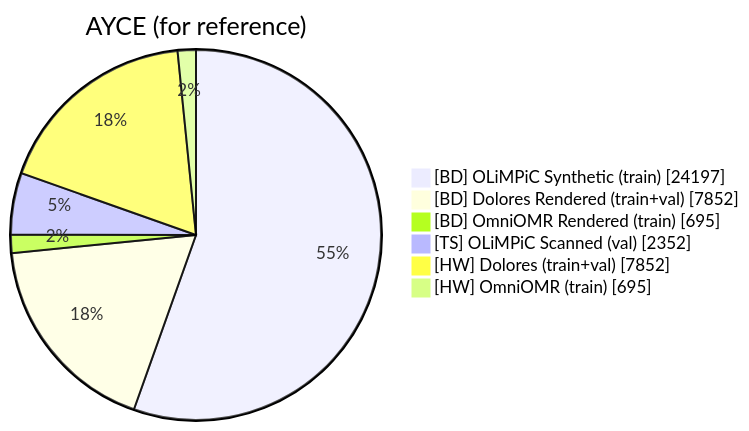
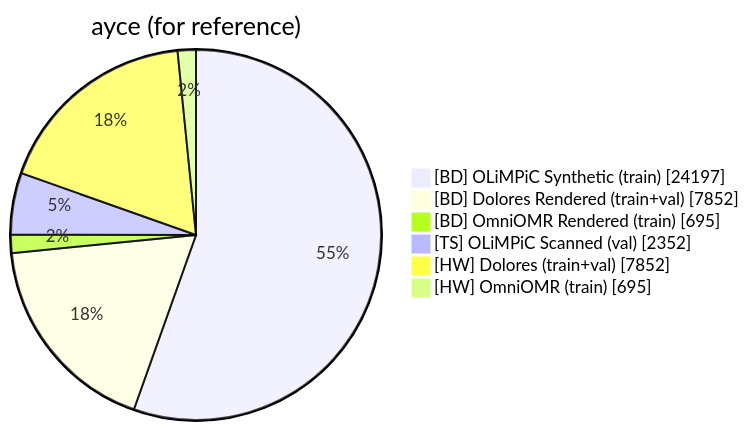
One commit to Jirka-Mayer/ijdar changed the first of 8 diagrams in docs/smashcima.md. Above: the diagram before and after it, drawn with Mermaid. The commit also changed other lines of this file and 2 other files, not shown here.

````diff
--- a/docs/smashcima.md
+++ b/docs/smashcima.md
@@ -49,9 +75,9 @@
 ```mermaid
-pie showData title AYCE (for reference)
+pie showData title ayce (for reference)
     "[BD] OLiMPiC Synthetic (train)" : 24197
     "[BD] Dolores Rendered (train+val)" : 7852
     "[BD] OmniOMR Rendered (train)" : 695
     "[TS] OLiMPiC Scanned (val)" : 2352
     "[HW] Dolores (train+val)" : 7852
     "[HW] OmniOMR (train)" : 695
 ```
````
